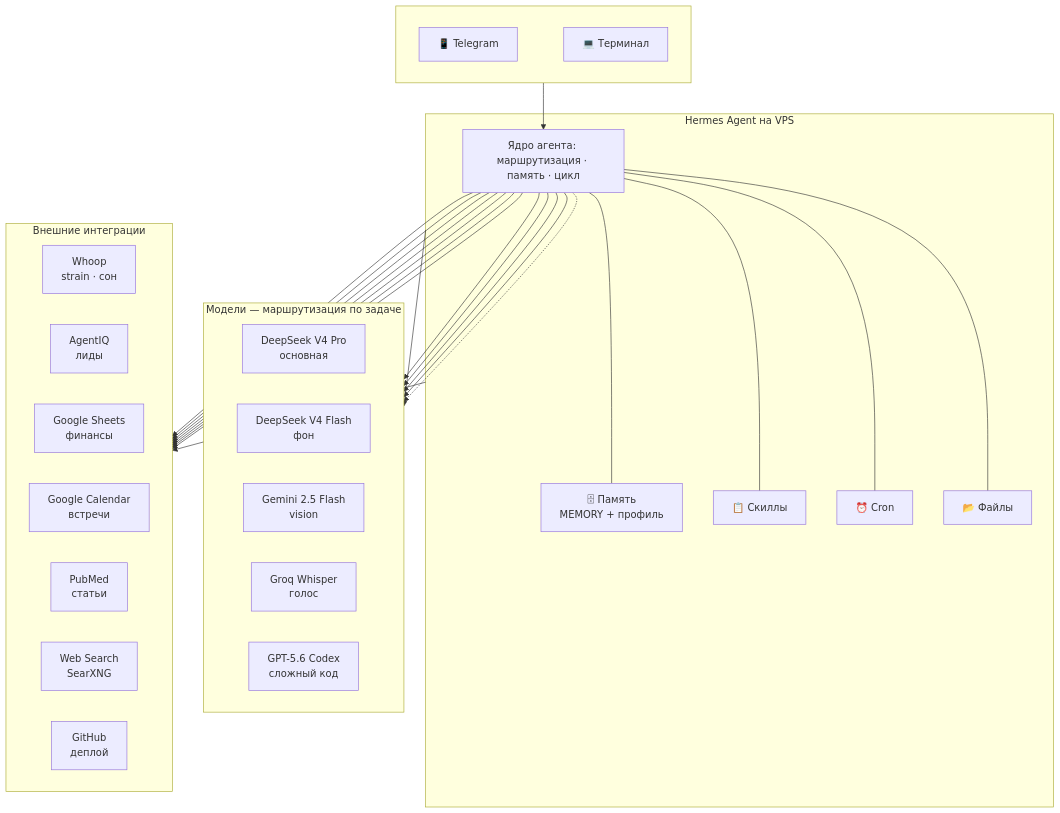
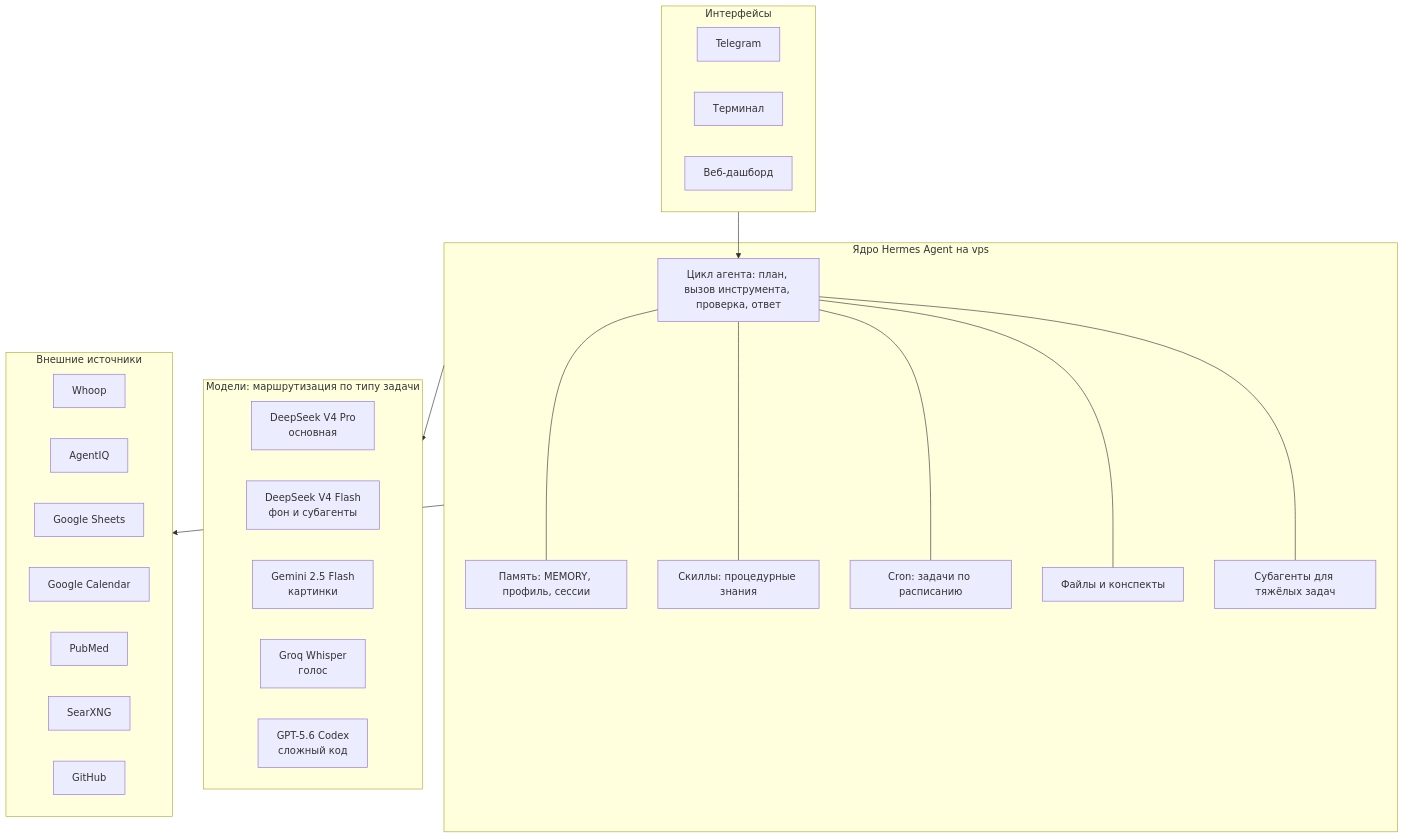
One commit to ironfelix/ivanilin-blog changed the diagram in src/content/posts/hermes-setup.md. Above: the diagram before and after it, drawn with Mermaid. The commit also changed other lines of this file, not shown here.

First line of the commit message:
post(hermes-setup): исправлены факты, расширена архитектура

````diff
--- a/src/content/posts/hermes-setup.md
+++ b/src/content/posts/hermes-setup.md
@@ -14,56 +16,48 @@
 ```mermaid
 graph TB
-    subgraph top[" "]
-        TG["📱 Telegram"] ~~~ CLI["💻 Терминал"]
+    subgraph iface["Интерфейсы"]
+        direction LR
+        TG["Telegram"]
+        CLI["Терминал"]
+        WEB["Веб-дашборд"]
     end
 
-    top --> CORE
+    iface --> CORE
 
-    subgraph middle["Hermes Agent на VPS"]
-        CORE["Ядро агента: маршрутизация · память · цикл"]
-        MEM["🗄 Память<br/>MEMORY + профиль"]
-        SKL["📋 Скиллы"]
-        CRN["⏰ Cron"]
-        FS["📂 Файлы"]
+    subgraph core["Ядро Hermes Agent на vps"]
+        CORE["Цикл агента: план, вызов инструмента, проверка, ответ"]
+        MEM["Память: MEMORY, профиль, сессии"]
+        SKL["Скиллы: процедурные знания"]
+        CRN["Cron: задачи по расписанию"]
+        FS["Файлы и конспекты"]
+        SUB["Субагенты для тяжёлых задач"]
         CORE --- MEM
         CORE --- SKL
         CORE --- CRN
         CORE --- FS
+        CORE --- SUB
     end
 
-    middle --> models
-    middle --> integrations
+    core --> models
+    core --> integrations
 
-    subgraph models["Модели — маршрутизация по задаче"]
+    subgraph models["Модели: маршрутизация по типу задачи"]
         direction LR
         M1["DeepSeek V4 Pro<br/>основная"]
-        M2["DeepSeek V4 Flash<br/>фон"]
-        M3["Gemini 2.5 Flash<br/>vision"]
+        M2["DeepSeek V4 Flash<br/>фон и субагенты"]
+        M3["Gemini 2.5 Flash<br/>картинки"]
         M4["Groq Whisper<br/>голос"]
         M5["GPT-5.6 Codex<br/>сложный код"]
     end
 
-    subgraph integrations["Внешние интеграции"]
+    subgraph integrations["Внешние источники"]
         direction LR
-        I1["Whoop<br/>strain · сон"]
-        I2["AgentIQ<br/>лиды"]
-        I3["Google Sheets<br/>финансы"]
-        I4["Google Calendar<br/>встречи"]
-        I5["PubMed<br/>статьи"]
-        I6["Web Search<br/>SearXNG"]
-        I7["GitHub<br/>деплой"]
+        I1["Whoop"]
+        I2["AgentIQ"]
+        I3["Google Sheets"]
+        I4["Google Calendar"]
+        I5["PubMed"]
+        I6["SearXNG"]
+        I7["GitHub"]
     end
-
-    CORE --> M1
-    CORE --> M2
-    CORE --> M3
-    CORE --> M4
-    CORE -.-> M5
-    CORE --> I1
-    CORE --> I2
-    CORE --> I3
-    CORE --> I4
-    CORE --> I5
-    CORE --> I6
-    CORE --> I7
 ```
````
